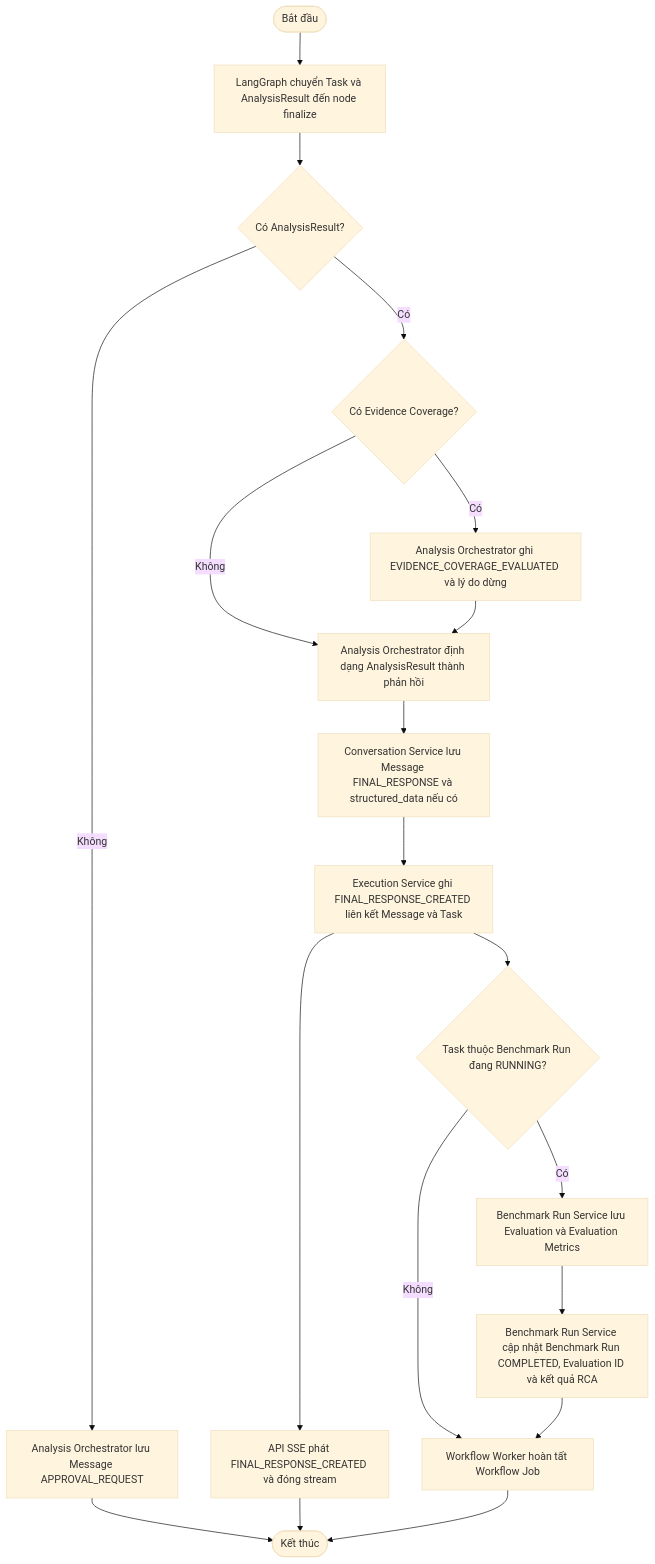
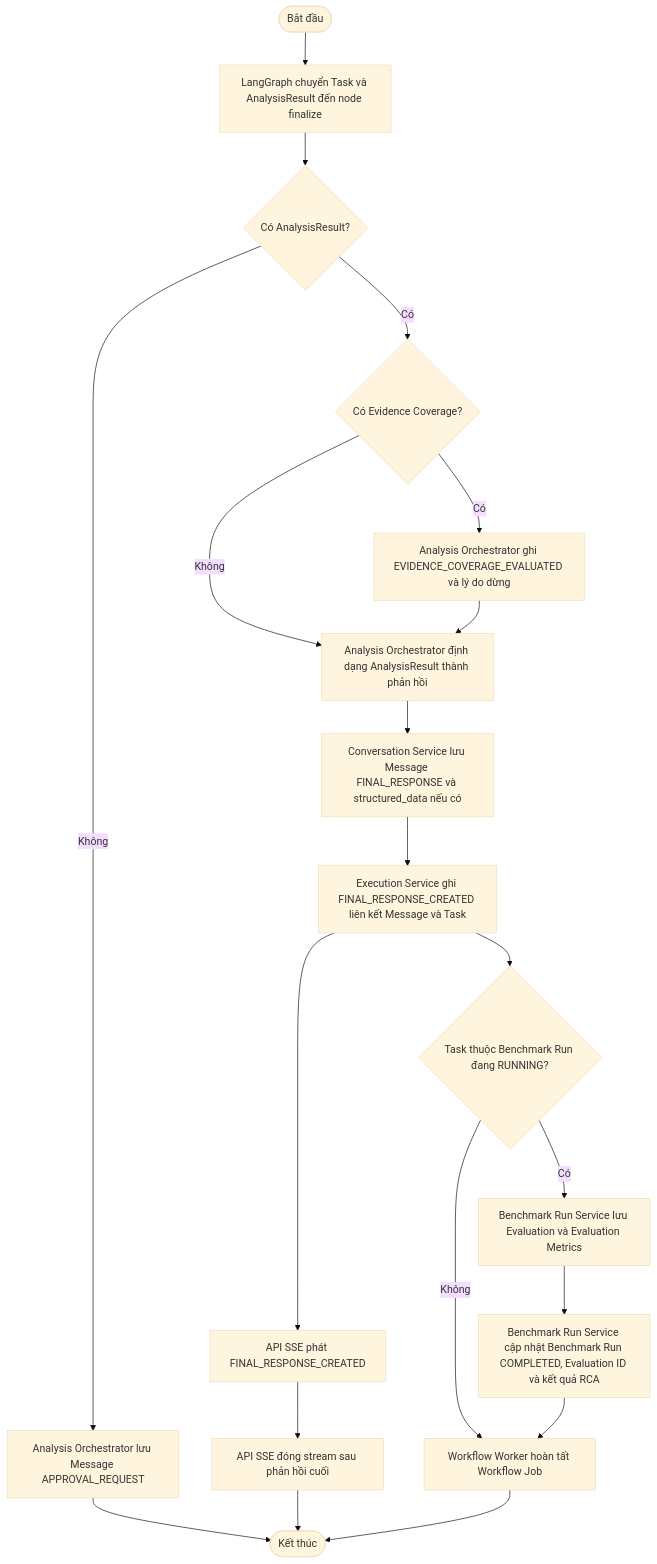
The ninth of 12 diagrams in docs/reports/report-end-of-term.md (mujin0422/network-multi-agent-system-backend), drawn with Mermaid (base theme) before and after one commit. The commit also changed other lines of this file, not shown here.

````diff
--- a/docs/reports/report-end-of-term.md
+++ b/docs/reports/report-end-of-term.md
@@ -1196,21 +1215,22 @@
 ```mermaid
 flowchart TD
     S([Bắt đầu]) --> A["LangGraph chuyển Task và AnalysisResult đến node finalize"]
     A --> D1{"Có AnalysisResult?"}
     D1 -->|Không| B["Analysis Orchestrator lưu Message APPROVAL_REQUEST"]
     B --> E([Kết thúc])
     D1 -->|Có| D2{"Có Evidence Coverage?"}
     D2 -->|Có| C["Analysis Orchestrator ghi EVIDENCE_COVERAGE_EVALUATED và lý do dừng"]
     D2 -->|Không| D["Analysis Orchestrator định dạng AnalysisResult thành phản hồi"]
     C --> D
     D --> F["Conversation Service lưu Message FINAL_RESPONSE và structured_data nếu có"]
     F --> G["Execution Service ghi FINAL_RESPONSE_CREATED liên kết Message và Task"]
-    G --> H["API SSE phát FINAL_RESPONSE_CREATED và đóng stream"]
-    H --> E
+    G --> H["API SSE phát FINAL_RESPONSE_CREATED"]
+    H --> H1["API SSE đóng stream sau phản hồi cuối"]
+    H1 --> E
     G --> D3{"Task thuộc Benchmark Run đang RUNNING?"}
     D3 -->|Không| I["Workflow Worker hoàn tất Workflow Job"]
     D3 -->|Có| J["Benchmark Run Service lưu Evaluation và Evaluation Metrics"]
     J --> K["Benchmark Run Service cập nhật Benchmark Run COMPLETED, Evaluation ID và kết quả RCA"]
     K --> I
     I --> E
 ```
````
